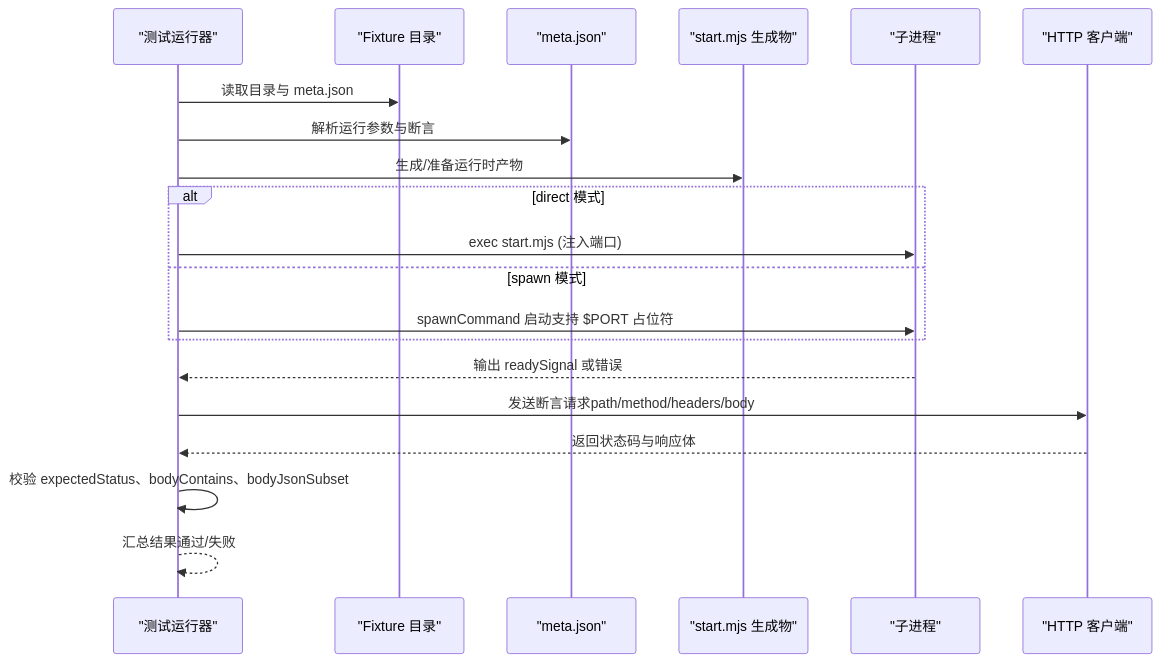
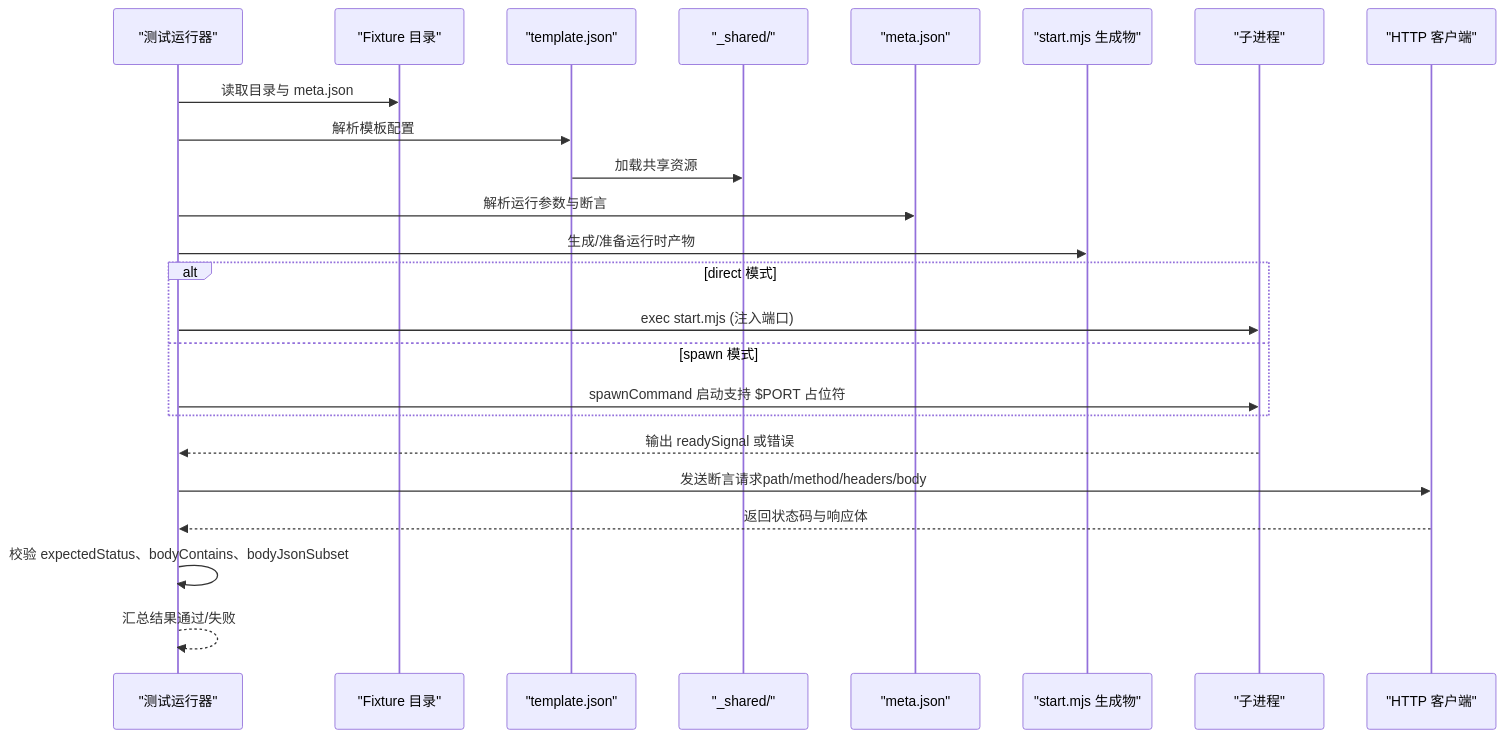
One commit to esa-sp/test-for-aone-ci changed the second of 8 diagrams in .qoder/repowiki/zh/content/后端框架测试/后端框架测试套件.md. Above: the diagram before and after it, drawn with Mermaid. The commit also changed other lines of this file and 58 other files, not shown here.

````diff
--- a/.qoder/repowiki/zh/content/后端框架测试/后端框架测试套件.md
+++ b/.qoder/repowiki/zh/content/后端框架测试/后端框架测试套件.md
@@ -107,22 +168,26 @@
 ```mermaid
 sequenceDiagram
 participant Runner as "测试运行器"
 participant Fixture as "Fixture 目录"
+participant Template as "template.json"
+participant Shared as "_shared/"
 participant Meta as "meta.json"
 participant Runtime as "start.mjs 生成物"
 participant Proc as "子进程"
 participant HTTP as "HTTP 客户端"
 Runner->>Fixture : 读取目录与 meta.json
+Runner->>Template : 解析模板配置
+Template->>Shared : 加载共享资源
 Runner->>Meta : 解析运行参数与断言
 Runner->>Runtime : 生成/准备运行时产物
 alt direct 模式
 Runner->>Proc : exec start.mjs (注入端口)
 else spawn 模式
 Runner->>Proc : spawnCommand 启动支持 $PORT 占位符
 end
 Proc-->>Runner : 输出 readySignal 或错误
 Runner->>HTTP : 发送断言请求path/method/headers/body
 HTTP-->>Runner : 返回状态码与响应体
 Runner->>Runner : 校验 expectedStatus、bodyContains、bodyJsonSubset
 Runner-->>Runner : 汇总结果通过/失败
 ```
````
